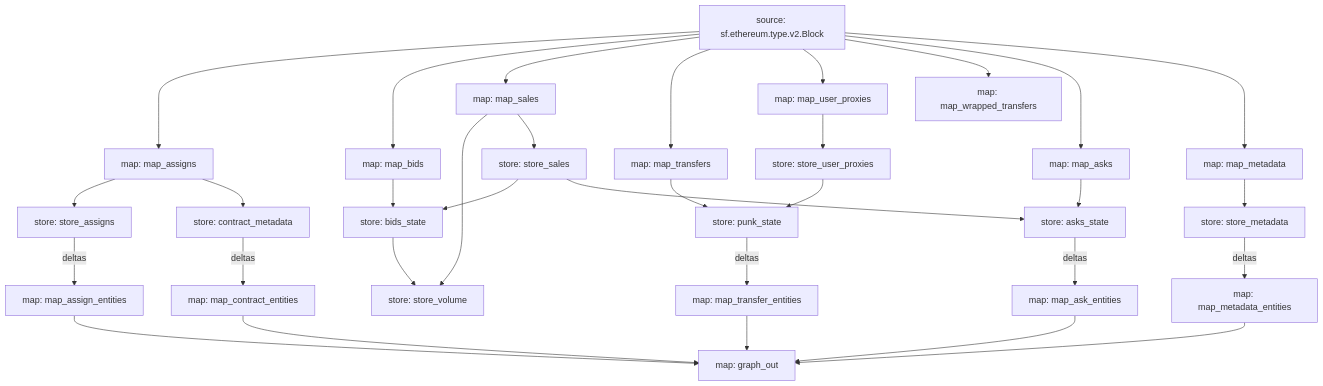
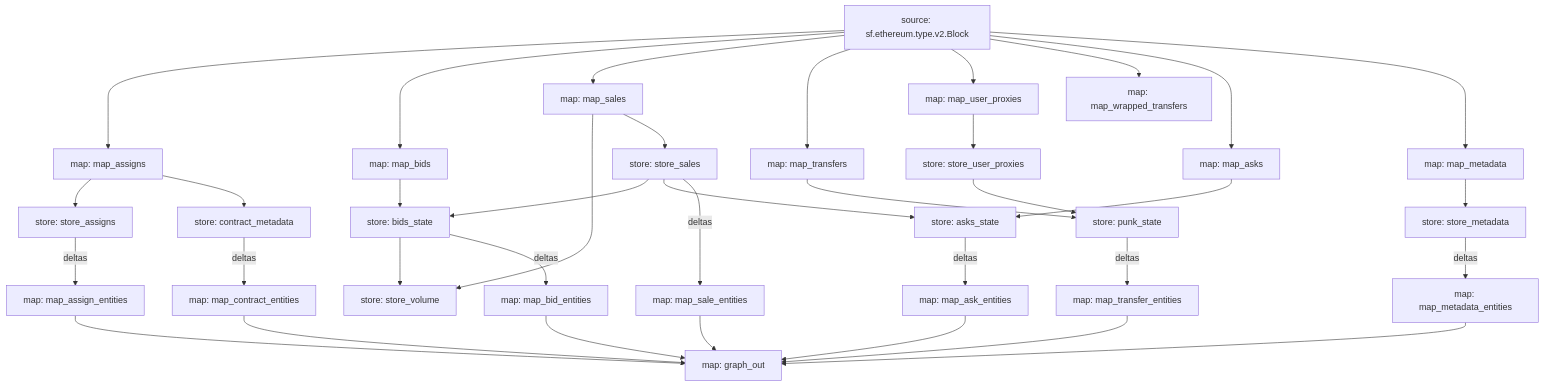
The diagram in README.md (itsjerryokolo/cryptopunks_substreams), drawn with Mermaid before and after one commit. The commit also changed 3 other files, not shown here.

Commit message:
Implement Sale & Bid entity changes

````diff
--- a/README.md
+++ b/README.md
@@ -3,57 +3,63 @@
 ```mermaid
 graph TD;
   map_assigns[map: map_assigns]
   sf.ethereum.type.v2.Block[source: sf.ethereum.type.v2.Block] --> map_assigns
   store_assigns[store: store_assigns]
   map_assigns --> store_assigns
   map_bids[map: map_bids]
   sf.ethereum.type.v2.Block[source: sf.ethereum.type.v2.Block] --> map_bids
   bids_state[store: bids_state]
   map_bids --> bids_state
   store_sales --> bids_state
   store_volume[store: store_volume]
   map_sales --> store_volume
   bids_state --> store_volume
   store_sales[store: store_sales]
   map_sales --> store_sales
   map_sales[map: map_sales]
   sf.ethereum.type.v2.Block[source: sf.ethereum.type.v2.Block] --> map_sales
   map_transfers[map: map_transfers]
   sf.ethereum.type.v2.Block[source: sf.ethereum.type.v2.Block] --> map_transfers
   punk_state[store: punk_state]
   map_transfers --> punk_state
   store_user_proxies --> punk_state
   map_user_proxies[map: map_user_proxies]
   sf.ethereum.type.v2.Block[source: sf.ethereum.type.v2.Block] --> map_user_proxies
   map_wrapped_transfers[map: map_wrapped_transfers]
   sf.ethereum.type.v2.Block[source: sf.ethereum.type.v2.Block] --> map_wrapped_transfers
   store_user_proxies[store: store_user_proxies]
   map_user_proxies --> store_user_proxies
   map_asks[map: map_asks]
   sf.ethereum.type.v2.Block[source: sf.ethereum.type.v2.Block] --> map_asks
   asks_state[store: asks_state]
   map_asks --> asks_state
   store_sales --> asks_state
   contract_metadata[store: contract_metadata]
   map_assigns --> contract_metadata
   map_metadata[map: map_metadata]
   sf.ethereum.type.v2.Block[source: sf.ethereum.type.v2.Block] --> map_metadata
   store_metadata[store: store_metadata]
   map_metadata --> store_metadata
   map_metadata_entities[map: map_metadata_entities]
   store_metadata -- deltas --> map_metadata_entities
   map_contract_entities[map: map_contract_entities]
   contract_metadata -- deltas --> map_contract_entities
   map_transfer_entities[map: map_transfer_entities]
   punk_state -- deltas --> map_transfer_entities
   map_assign_entities[map: map_assign_entities]
   store_assigns -- deltas --> map_assign_entities
   map_ask_entities[map: map_ask_entities]
   asks_state -- deltas --> map_ask_entities
+  map_bid_entities[map: map_bid_entities]
+  bids_state -- deltas --> map_bid_entities
+  map_sale_entities[map: map_sale_entities]
+  store_sales -- deltas --> map_sale_entities
   graph_out[map: graph_out]
   map_metadata_entities --> graph_out
   map_contract_entities --> graph_out
   map_transfer_entities --> graph_out
   map_assign_entities --> graph_out
   map_ask_entities --> graph_out
+  map_bid_entities --> graph_out
+  map_sale_entities --> graph_out
 ```
````
